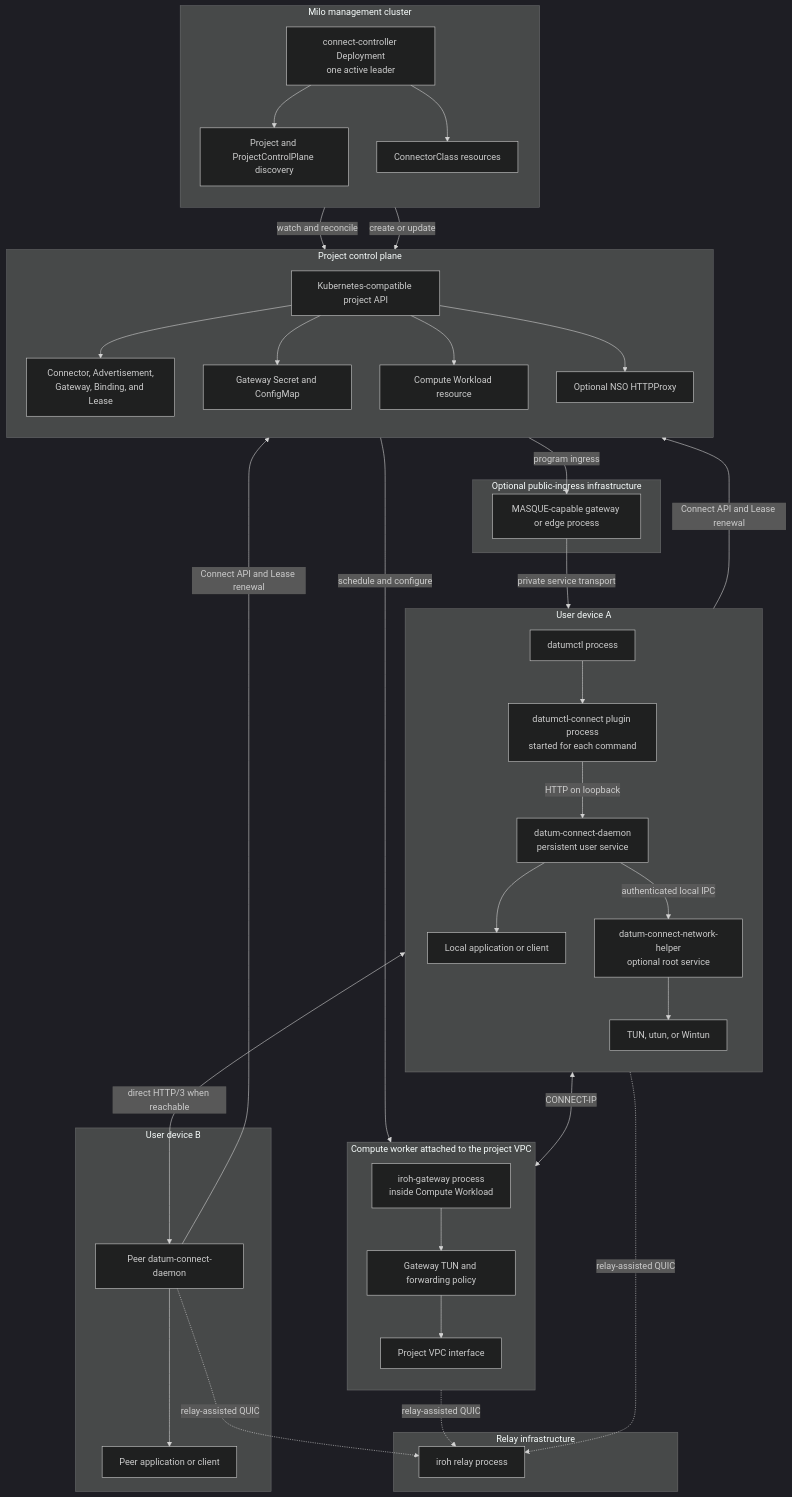
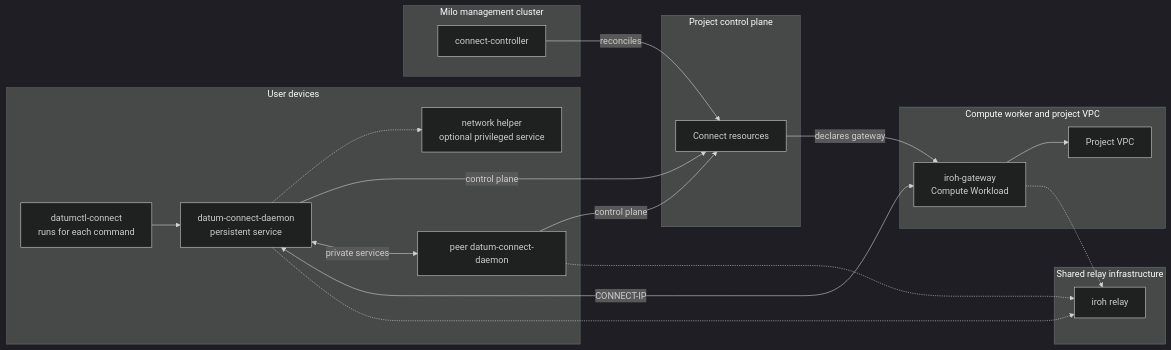
One commit to datum-cloud/connect changed the diagram in docs/architecture/deployment-topology.md. Above: the diagram before and after it, drawn with Mermaid (dark theme). The commit also changed other lines of this file, not shown here.

Commit message:
docs: simplify deployment topology diagram

````diff
--- a/docs/architecture/deployment-topology.md
+++ b/docs/architecture/deployment-topology.md
@@ -9,79 +9,41 @@
 ```mermaid
-flowchart TB
-    subgraph device_a[User device A]
-        direction TB
-        datumctl_a[datumctl process]
-        plugin_a[datumctl-connect plugin process<br/>started for each command]
-        daemon_a[datum-connect-daemon<br/>persistent user service]
-        helper_a[datum-connect-network-helper<br/>optional root service]
-        app_a[Local application or client]
-        adapter_a[TUN, utun, or Wintun]
+flowchart LR
+    subgraph devices[User devices]
+        cli[datumctl-connect<br/>runs for each command]
+        daemon[datum-connect-daemon<br/>persistent service]
+        helper[network helper<br/>optional privileged service]
+        peer[peer datum-connect-daemon]
 
-        datumctl_a --> plugin_a
-        plugin_a -->|HTTP on loopback| daemon_a
-        daemon_a --> app_a
-        daemon_a -->|authenticated local IPC| helper_a
-        helper_a --> adapter_a
+        cli --> daemon
+        daemon -.-> helper
     end
 
     subgraph management[Milo management cluster]
-        direction TB
-        controller[connect-controller Deployment<br/>one active leader]
-        discovery[Project and ProjectControlPlane discovery]
-        classes[ConnectorClass resources]
-
-        controller --> discovery
-        controller --> classes
+        controller[connect-controller]
     end
 
     subgraph project[Project control plane]
-        direction TB
-        project_api[Kubernetes-compatible project API]
-        resources[Connector, Advertisement,<br/>Gateway, Binding, and Lease]
-        gateway_config[Gateway Secret and ConfigMap]
-        compute_api[Compute Workload resource]
-        proxy[Optional NSO HTTPProxy]
-
-        project_api --> resources
-        project_api --> gateway_config
-        project_api --> compute_api
-        project_api --> proxy
+        project_api[Connect resources]
     end
 
-    subgraph compute[Compute worker attached to the project VPC]
-        direction TB
-        gateway[iroh-gateway process<br/>inside Compute Workload]
-        gateway_tun[Gateway TUN and forwarding policy]
-        vpc[Project VPC interface]
-
-        gateway --> gateway_tun --> vpc
+    subgraph compute[Compute worker and project VPC]
+        gateway[iroh-gateway<br/>Compute Workload]
+        vpc[Project VPC]
+        gateway --> vpc
     end
 
-    subgraph device_b[User device B]
-        daemon_b[Peer datum-connect-daemon]
-        app_b[Peer application or client]
-        daemon_b --> app_b
+    subgraph shared[Shared relay infrastructure]
+        relay[iroh relay]
     end
 
-    subgraph relay_infra[Relay infrastructure]
-        relay[iroh relay process]
-    end
+    daemon -->|control plane| project_api
+    peer -->|control plane| project_api
+    controller -->|reconciles| project_api
+    project_api -->|declares gateway| gateway
 
-    subgraph ingress_infra[Optional public-ingress infrastructure]
-        edge[MASQUE-capable gateway or edge process]
-    end
-
-    daemon_a -->|Connect API and Lease renewal| project_api
-    daemon_b -->|Connect API and Lease renewal| project_api
-    controller -->|watch and reconcile| project_api
-    controller -->|create or update| compute_api
-    compute_api -->|schedule and configure| gateway
-
-    daemon_a <-->|direct HTTP/3 when reachable| daemon_b
-    daemon_a -.->|relay-assisted QUIC| relay
-    daemon_b -.->|relay-assisted QUIC| relay
-    daemon_a <-->|CONNECT-IP| gateway
-    gateway -.->|relay-assisted QUIC| relay
-    edge -->|private service transport| daemon_a
-    proxy -->|program ingress| edge
+    daemon <-->|private services| peer
+    daemon <-->|CONNECT-IP| gateway
+    daemon -.-> relay
+    peer -.-> relay
+    gateway -.-> relay
 ```
````
